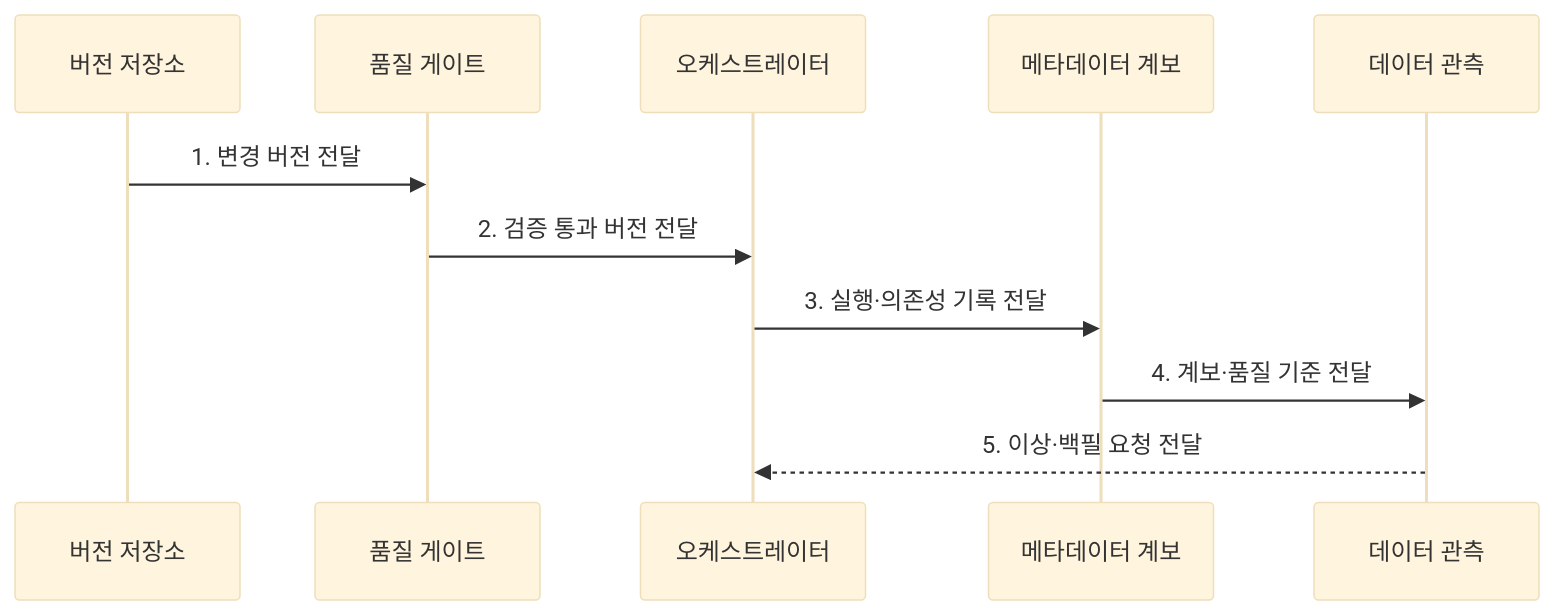
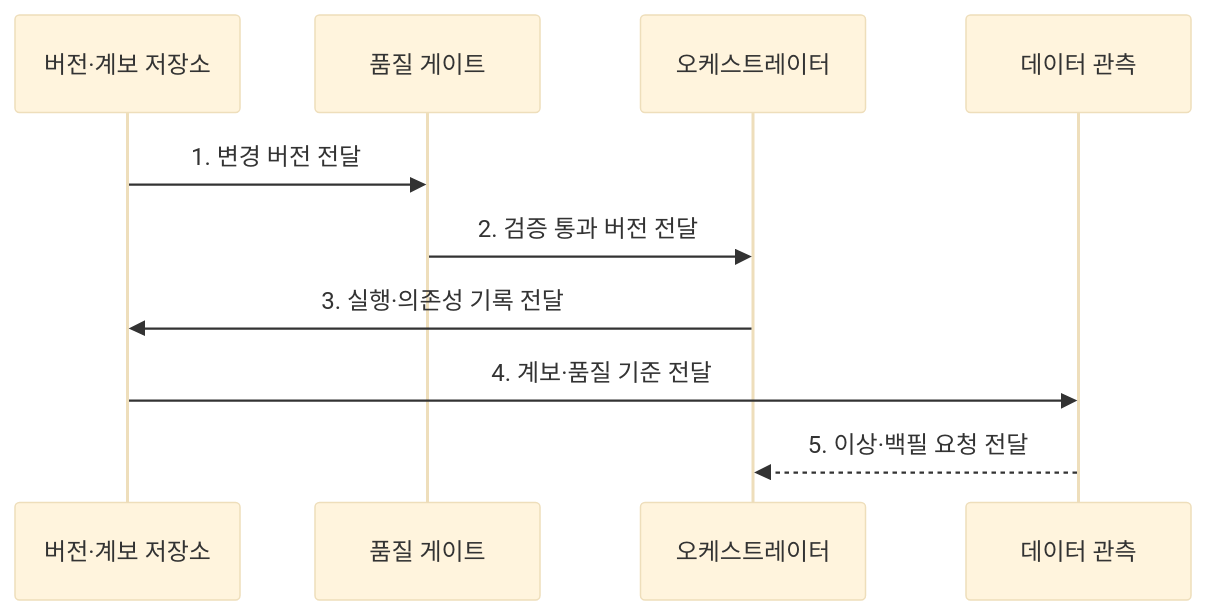
One commit to agnusdei1207/knowledge-base changed the second of 2 diagrams in src/content/docs/notes/08-latest-tech/131_dataops.md. Above: the diagram before and after it, drawn with Mermaid (base theme). The commit also changed 5 other files, not shown here.

Commit message:
Clarify AI operations flow roles

````diff
--- a/src/content/docs/notes/08-latest-tech/131_dataops.md
+++ b/src/content/docs/notes/08-latest-tech/131_dataops.md
@@ -104,13 +104,12 @@
 ```mermaid
 sequenceDiagram
-    participant V as 버전 저장소
+    participant V as 버전·계보 저장소
     participant Q as 품질 게이트
     participant O as 오케스트레이터
-    participant L as 메타데이터 계보
     participant M as 데이터 관측
     V->>Q: 1. 변경 버전 전달
     Q->>O: 2. 검증 통과 버전 전달
-    O->>L: 3. 실행·의존성 기록 전달
-    L->>M: 4. 계보·품질 기준 전달
+    O->>V: 3. 실행·의존성 기록 전달
+    V->>M: 4. 계보·품질 기준 전달
     M-->>O: 5. 이상·백필 요청 전달
 ```
````
